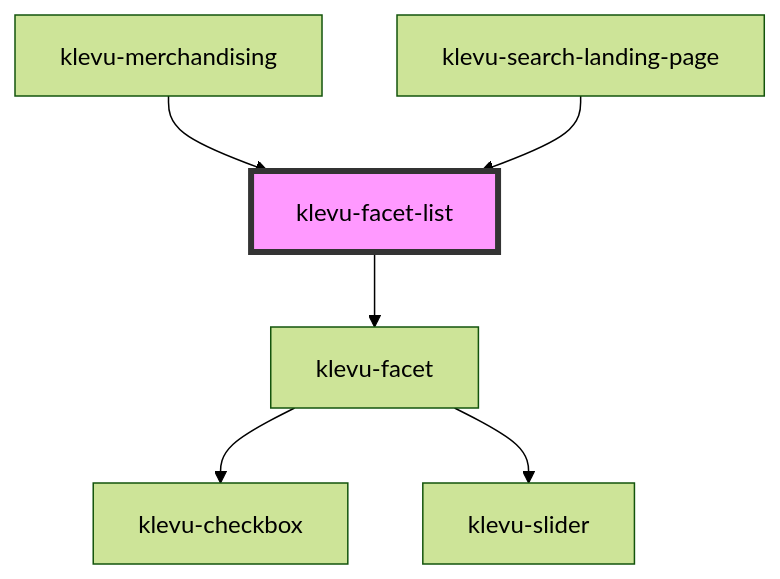
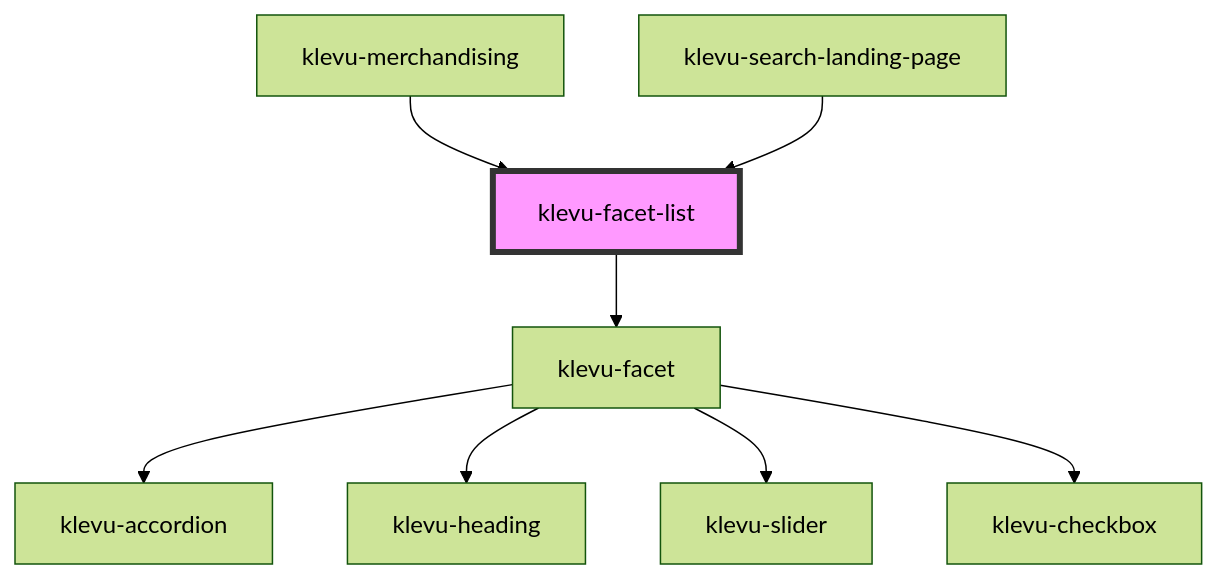
Before and after one commit to klevultd/frontend-sdk: the diagram in packages/klevu-ui/src/components/klevu-facet-list/readme.md, drawn with Mermaid (forest theme). The commit also changed other lines of this file and 60 other files, not shown here.

````diff
--- a/packages/klevu-ui/src/components/klevu-facet-list/readme.md
+++ b/packages/klevu-ui/src/components/klevu-facet-list/readme.md
@@ -29,9 +30,11 @@
 ```mermaid
 graph TD;
   klevu-facet-list --> klevu-facet
+  klevu-facet --> klevu-accordion
+  klevu-facet --> klevu-heading
+  klevu-facet --> klevu-slider
   klevu-facet --> klevu-checkbox
-  klevu-facet --> klevu-slider
   klevu-merchandising --> klevu-facet-list
   klevu-search-landing-page --> klevu-facet-list
   style klevu-facet-list fill:#f9f,stroke:#333,stroke-width:4px
 ```
````
